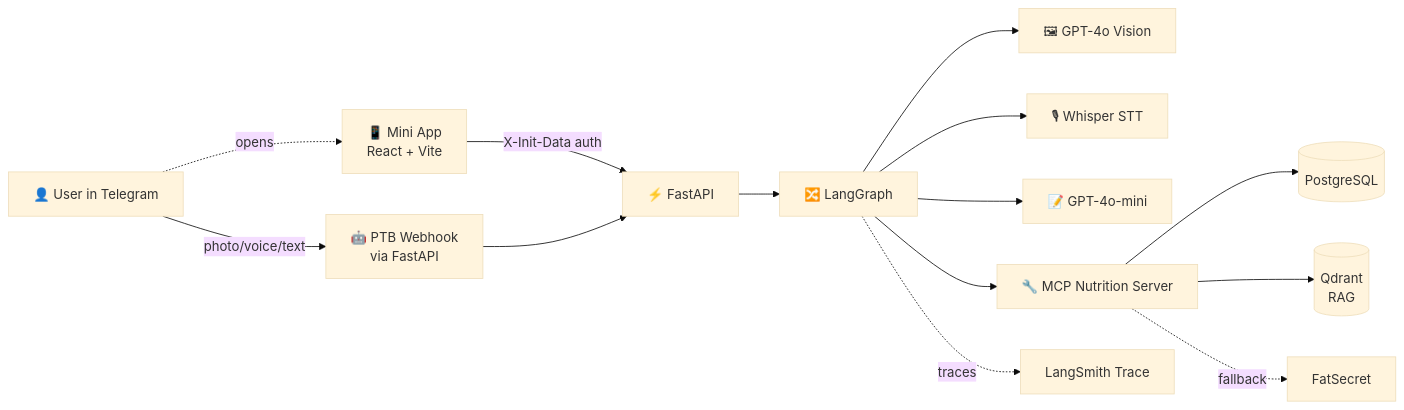
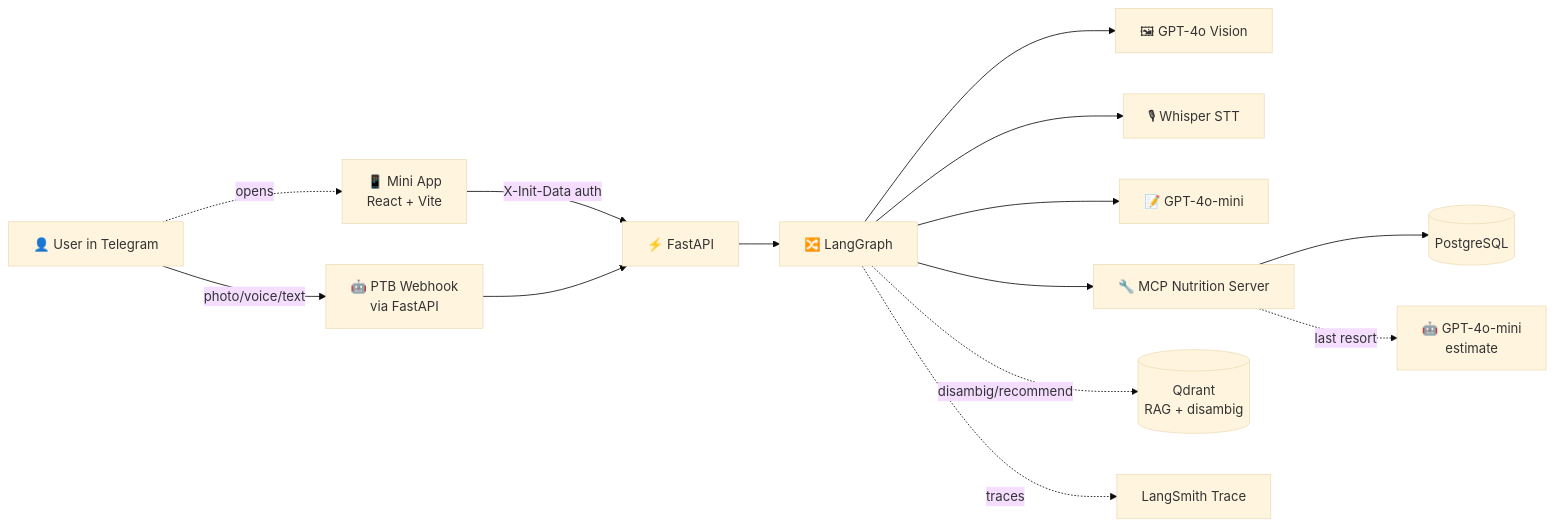
One commit to 5kif4a/nutrisnap changed the first of 2 diagrams in README.md. Above: the diagram before and after it, drawn with Mermaid (base theme). The commit also changed other lines of this file and 23 other files, not shown here.

````diff
--- a/README.md
+++ b/README.md
@@ -99,30 +120,30 @@
 ```mermaid
 flowchart LR
     user[👤 User in Telegram]
     miniapp[📱 Mini App<br/>React + Vite]
     bot[🤖 PTB Webhook<br/>via FastAPI]
     api[⚡ FastAPI]
     langgraph[🔀 LangGraph]
     vision[🖼 GPT-4o Vision]
     whisper[🎙 Whisper STT]
     parser[📝 GPT-4o-mini]
     mcp[🔧 MCP Nutrition Server]
     pg[(PostgreSQL)]
-    qdrant[(Qdrant<br/>RAG)]
-    fs[FatSecret]
+    qdrant[(Qdrant<br/>RAG + disambig)]
+    estimate[🤖 GPT-4o-mini<br/>estimate]
     langsmith[LangSmith Trace]
 
     user -->|photo/voice/text| bot
     user -.->|opens| miniapp
     miniapp -->|X-Init-Data auth| api
     bot --> api
     api --> langgraph
     langgraph --> vision
     langgraph --> whisper
     langgraph --> parser
     langgraph --> mcp
     mcp --> pg
-    mcp --> qdrant
-    mcp -.fallback.-> fs
+    mcp -.last resort.-> estimate
+    langgraph -.disambig/recommend.-> qdrant
     langgraph -.traces.-> langsmith
 ```
````
